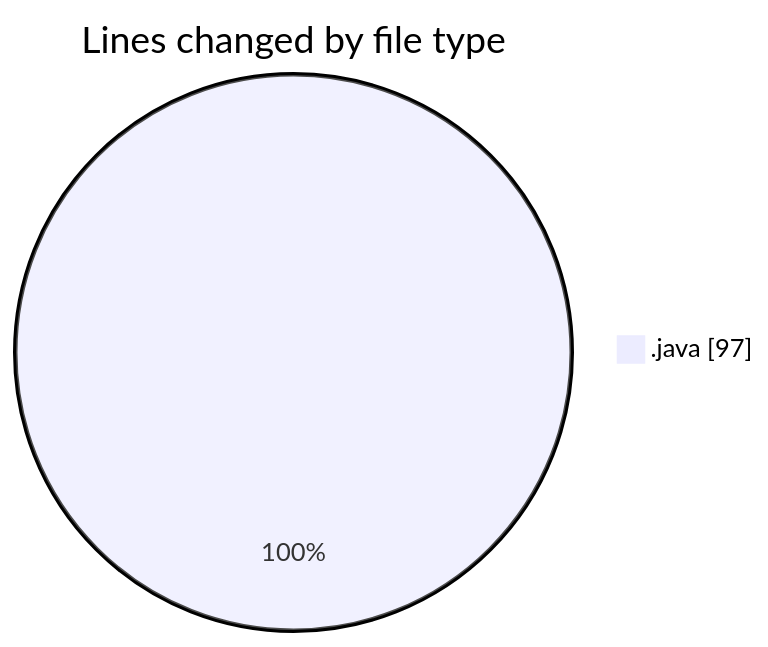
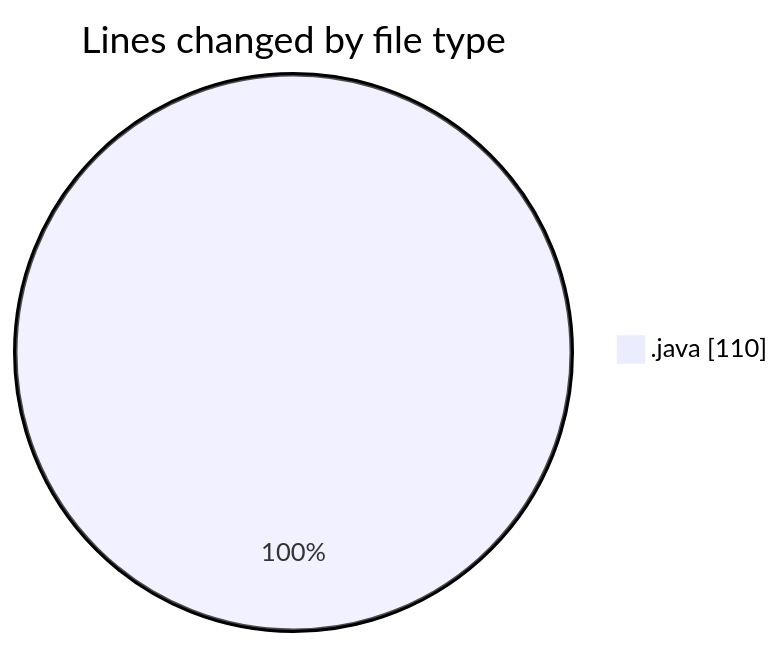
One commit to hasnaa123/code-tracking changed the first of 2 diagrams in 2026-10-25/taskforge/README.md. Above: the diagram before and after it, drawn with Mermaid. The commit also changed other lines of this file and 1 other file, not shown here.

````diff
--- a/2026-10-25/taskforge/README.md
+++ b/2026-10-25/taskforge/README.md
@@ -21,5 +21,5 @@
 ```mermaid
 pie showData
 title Lines changed by file type
-".java" : 97
+".java" : 110
 ```
````
